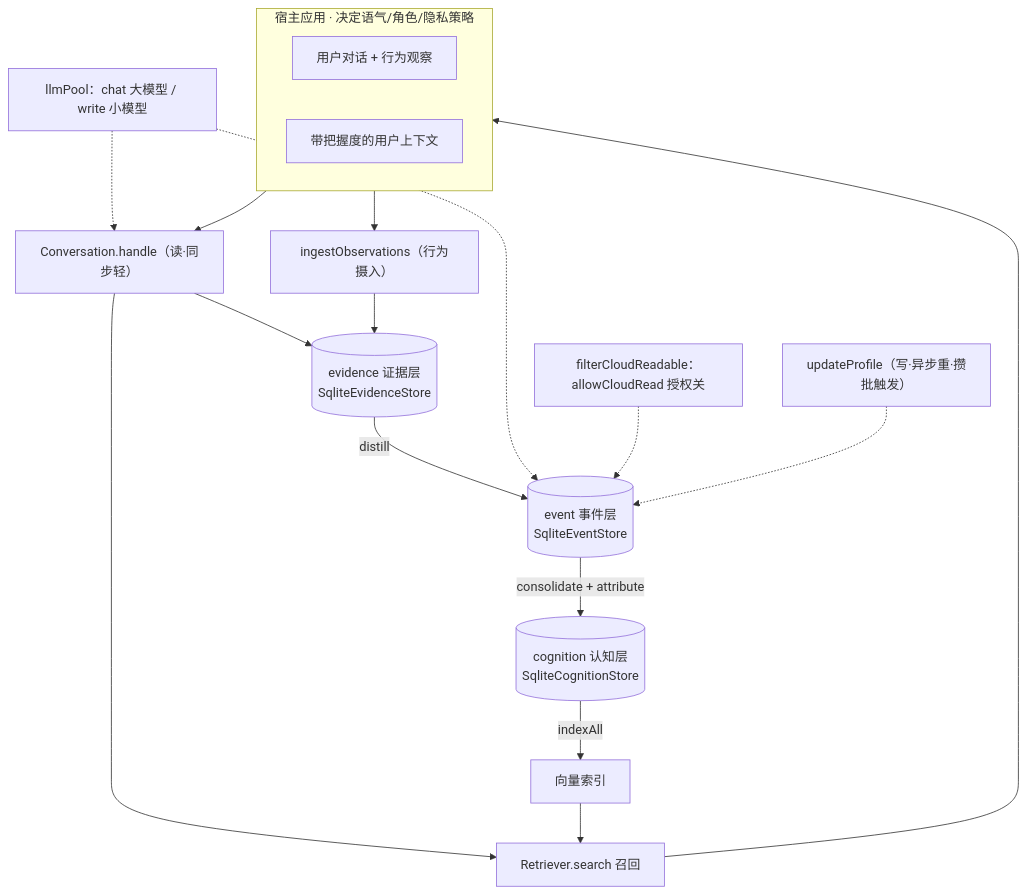
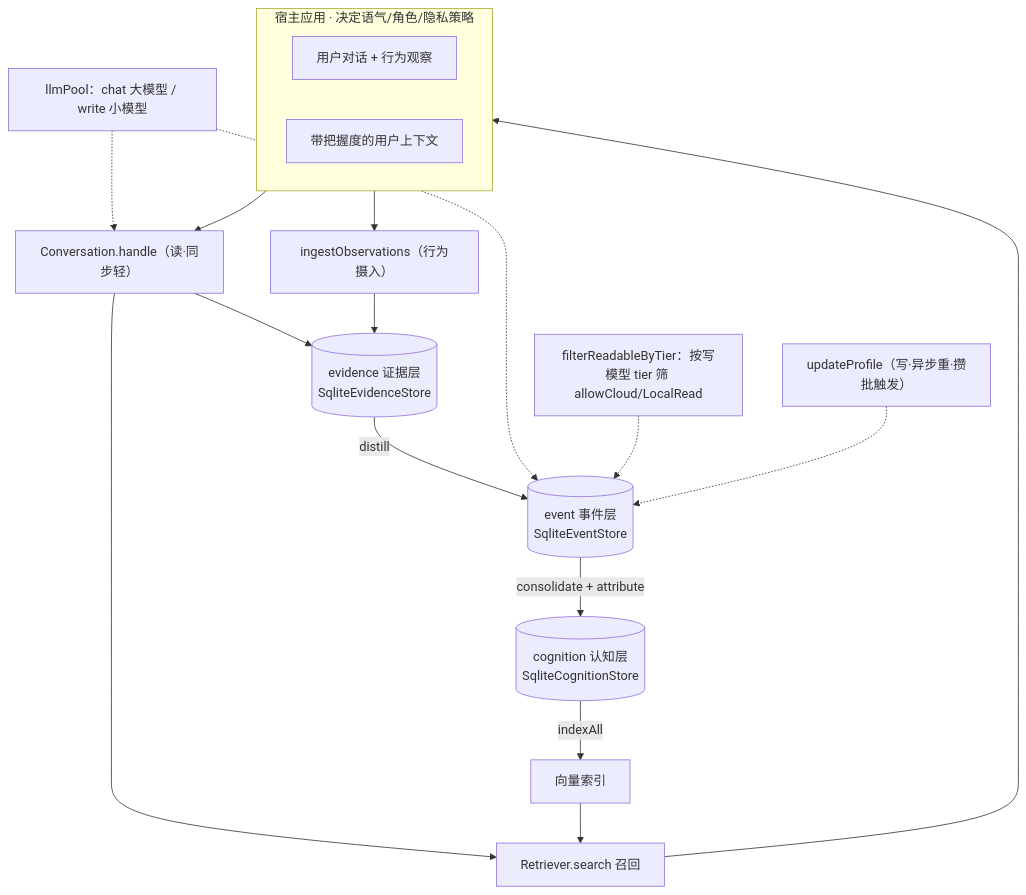
The fourth of 4 diagrams in docs/architecture.md (kestercarroll702-gif/memoweft), drawn with Mermaid before and after one commit. The commit also changed other lines of this file and 5 other files, not shown here.

````diff
--- a/docs/architecture.md
+++ b/docs/architecture.md
@@ -305,27 +305,27 @@
 ```mermaid
 flowchart TB
   subgraph HOST["宿主应用 · 决定语气/角色/隐私策略"]
     direction LR
     IN["用户对话 + 行为观察"]
     OUT["带把握度的用户上下文"]
   end
 
   IN --> CONV["Conversation.handle（读·同步轻）"]
   IN --> ING["ingestObservations（行为摄入）"]
 
   CONV --> EV[("evidence 证据层<br/>SqliteEvidenceStore")]
   ING --> EV
   CONV --> RET["Retriever.search 召回"]
   RET --> OUT
 
   EV -->|"distill"| EVT[("event 事件层<br/>SqliteEventStore")]
   EVT -->|"consolidate + attribute"| COG[("cognition 认知层<br/>SqliteCognitionStore")]
   COG -->|"indexAll"| IDX["向量索引"]
   IDX --> RET
 
   LLM["llmPool：chat 大模型 / write 小模型"] -.-> CONV
   LLM -.-> EVT
-  PRIV["filterCloudReadable：allowCloudRead 授权关"] -.-> EVT
+  PRIV["filterReadableByTier：按写模型 tier 筛 allowCloud/LocalRead"] -.-> EVT
 
   UP["updateProfile（写·异步重·攒批触发）"] -.-> EVT
 ```
````
